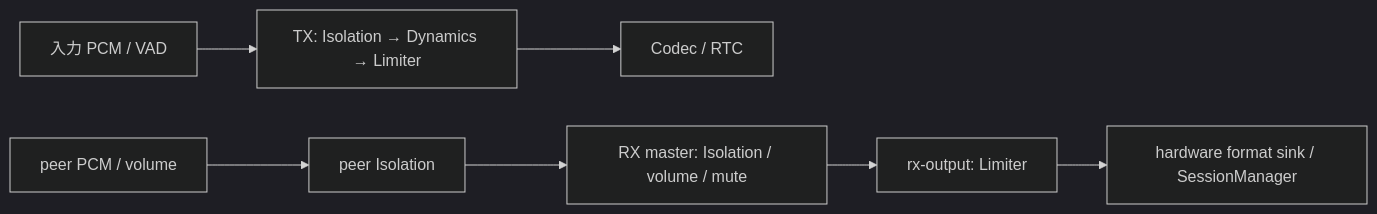
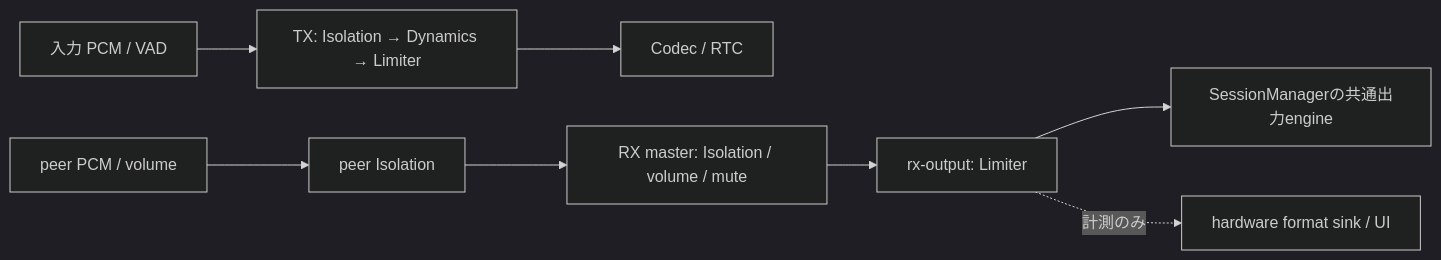
Before and after one commit to eroccowaruico/RideIntercom: the diagram in docs/spec/App/音声処理仕様.md, drawn with Mermaid (dark theme). The commit also changed other lines of this file and 102 other files, not shown here.

````diff
--- a/docs/spec/App/音声処理仕様.md
+++ b/docs/spec/App/音声処理仕様.md
@@ -195,6 +203,7 @@
 ```mermaid
 flowchart LR
     Mic[入力 PCM / VAD] --> TX[TX: Isolation → Dynamics → Limiter] --> Codec[Codec / RTC]
     Peer[peer PCM / volume] --> PI[peer Isolation] --> Master[RX master: Isolation / volume / mute]
-    Master --> Guard[rx-output: Limiter] --> Sink[hardware format sink / SessionManager]
+    Master --> Guard[rx-output: Limiter] --> Device[SessionManagerの共通出力engine]
+    Guard -. 計測のみ .-> Sink[hardware format sink / UI]
 ```
````
